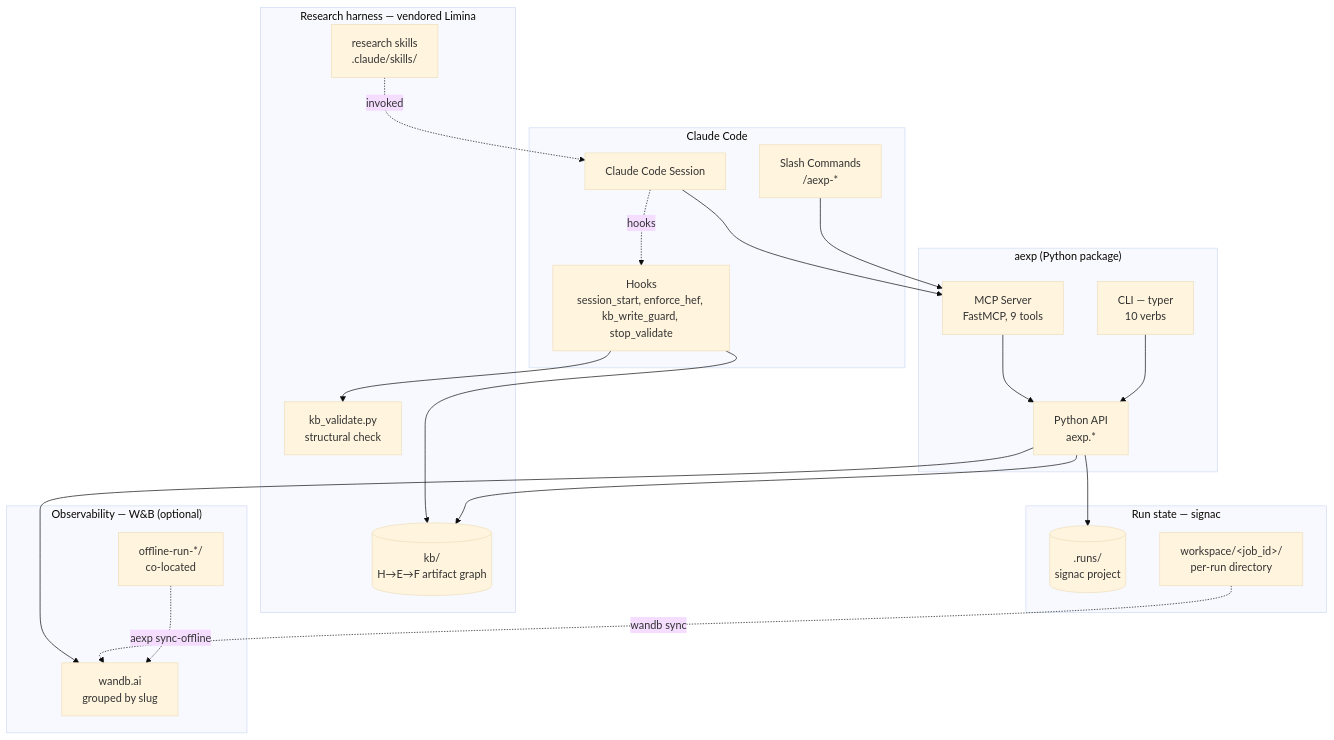
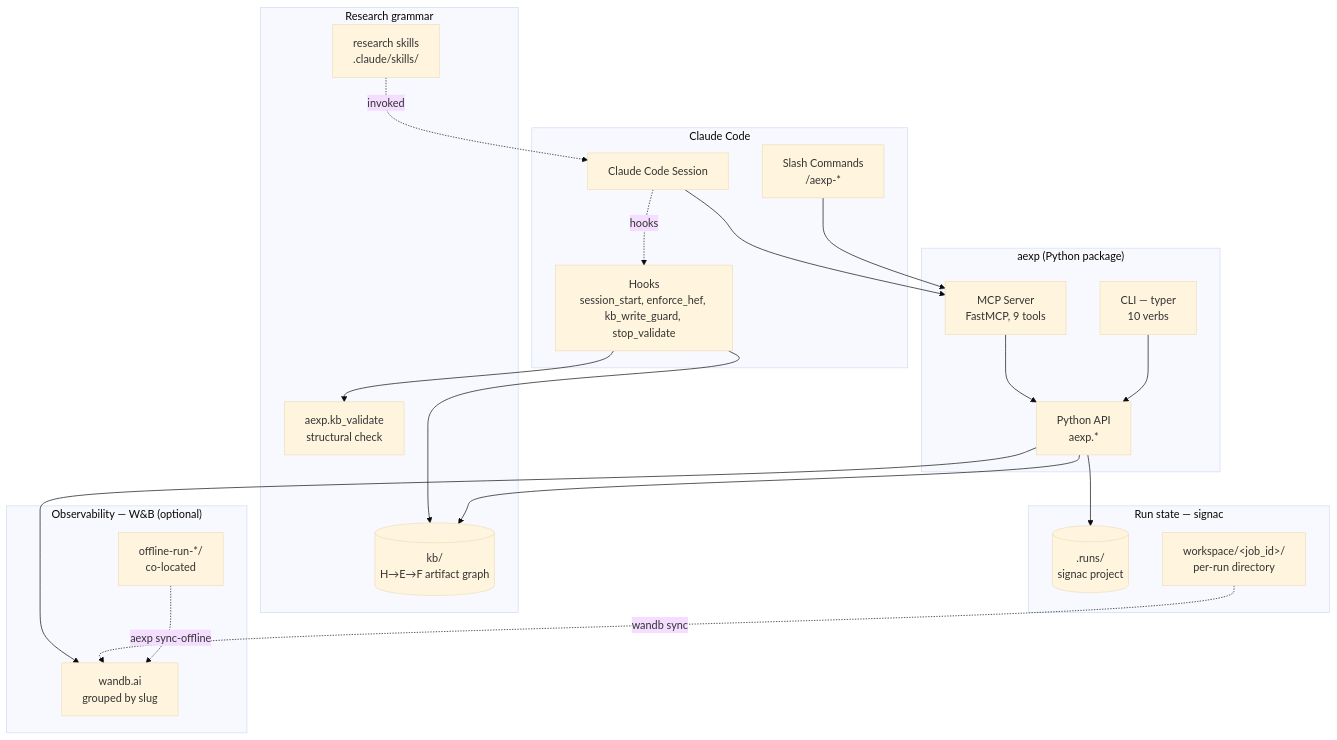
Before and after one commit to KadenMc/agentic-experiments: the diagram in README.md, drawn with Mermaid (base theme). The commit also changed other lines of this file and 4 other files, not shown here.

First line of the commit message:
Polish docs for v0.1.0: one Limina credit, current architecture

````diff
--- a/README.md
+++ b/README.md
@@ -131,44 +131,44 @@
 ```mermaid
 graph TB
     subgraph "Claude Code"
         CC[Claude Code Session]
         SC[Slash Commands<br/>/aexp-*]
         HOOKS[Hooks<br/>session_start, enforce_hef, kb_write_guard, stop_validate]
     end
 
     subgraph "aexp (Python package)"
         MCP[MCP Server<br/>FastMCP, 9 tools]
         CLI[CLI — typer<br/>10 verbs]
         API[Python API<br/>aexp.*]
     end
 
-    subgraph "Research harness — vendored Limina"
+    subgraph "Research grammar"
         KB[(kb/<br/>H→E→F artifact graph)]
         SKILLS[research skills<br/>.claude/skills/]
-        VALID[kb_validate.py<br/>structural check]
+        VALID[aexp.kb_validate<br/>structural check]
     end
 
     subgraph "Run state — signac"
         SIGNAC[(.runs/<br/>signac project)]
         JOBS[workspace/&lt;job_id&gt;/<br/>per-run directory]
     end
 
     subgraph "Observability — W&B (optional)"
         WB[wandb.ai<br/>grouped by slug]
         OFFLINE[offline-run-*/<br/>co-located]
     end
 
     CC --> MCP
     SC --> MCP
     CC -.hooks.-> HOOKS
     HOOKS --> KB
     HOOKS --> VALID
     MCP --> API
     CLI --> API
     API --> KB
     API --> SIGNAC
     API --> WB
     JOBS -.wandb sync.-> WB
     OFFLINE -.aexp sync-offline.-> WB
     SKILLS -.invoked.-> CC
 ```
````
